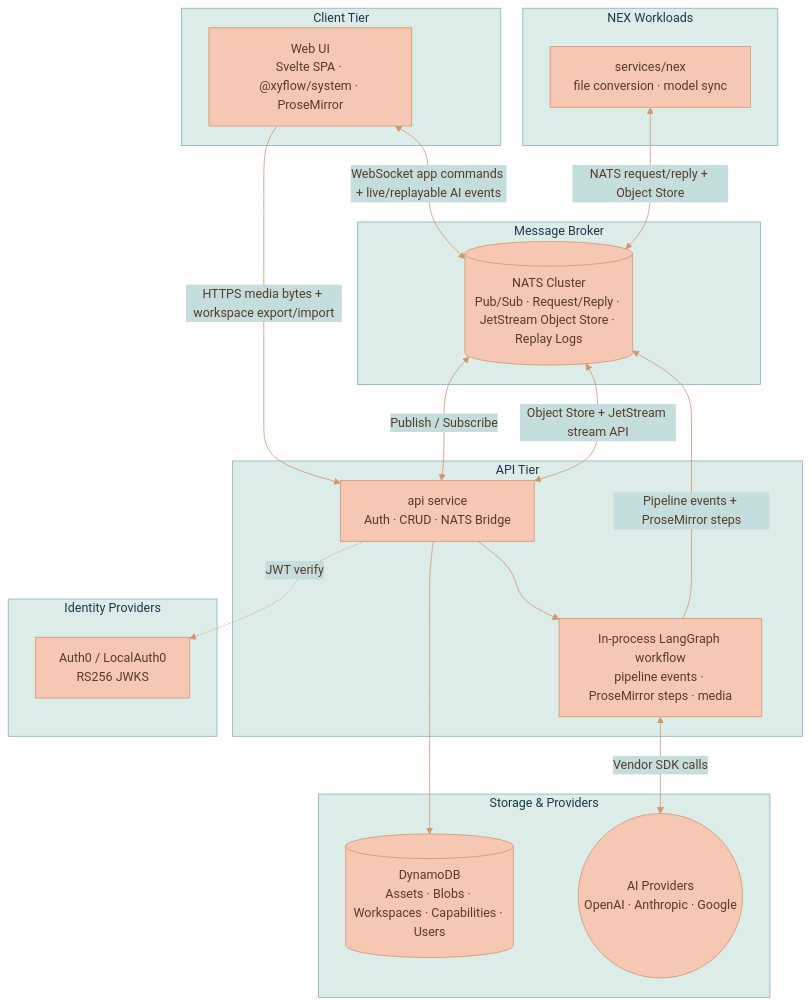
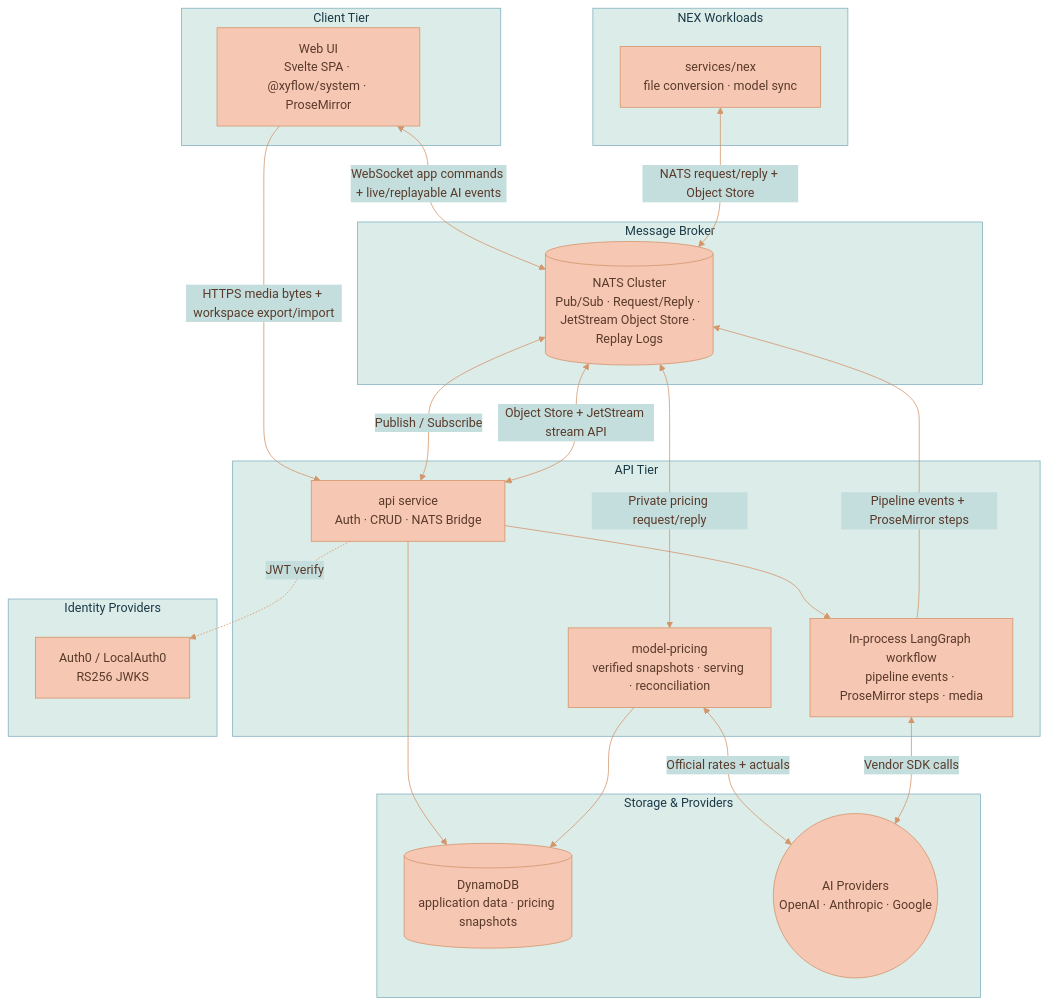
Before and after one commit to Lixpi/lixpi: the first of 2 diagrams in documentation/platform/SYSTEM-ARCHITECTURE.md, drawn with Mermaid. The commit also changed other lines of this file and 22 other files, not shown here.

Commit message:
LIX-340 # Complete model pricing operational hardening

````diff
--- a/documentation/platform/SYSTEM-ARCHITECTURE.md
+++ b/documentation/platform/SYSTEM-ARCHITECTURE.md
@@ -39,40 +40,44 @@
 ```mermaid
 %%{init: {'theme': 'base', 'themeVariables': { 'primaryColor': '#F6C7B3', 'primaryTextColor': '#5a3a2a', 'primaryBorderColor': '#d4956a', 'secondaryColor': '#C3DEDD', 'secondaryTextColor': '#1a3a47', 'secondaryBorderColor': '#4a8a9d', 'tertiaryColor': '#DCECE9', 'tertiaryTextColor': '#1a3a47', 'tertiaryBorderColor': '#82B2C0', 'lineColor': '#d4956a', 'textColor': '#5a3a2a'}}}%%
 graph TB
     subgraph Client["Client Tier"]
         UI["Web UI<br/>Svelte SPA · @xyflow/system · ProseMirror"]
     end
 
     subgraph Broker["Message Broker"]
         NATS[("NATS Cluster<br/>Pub/Sub · Request/Reply · JetStream Object Store · Replay Logs")]
     end
 
     subgraph Backend["API Tier"]
         API["api service<br/>Auth · CRUD · NATS Bridge"]
         LLM["In-process LangGraph workflow<br/>pipeline events · ProseMirror steps · media"]
+        Pricing["model-pricing<br/>verified snapshots · serving · reconciliation"]
     end
 
     subgraph Workers["NEX Workloads"]
         NEX["services/nex<br/>file conversion · model sync"]
     end
 
     subgraph Identity["Identity Providers"]
         Auth["Auth0 / LocalAuth0<br/>RS256 JWKS"]
     end
 
     subgraph Storage["Storage & Providers"]
-        DDB[("DynamoDB<br/>Assets · Blobs · Workspaces · Capabilities · Users")]
+        DDB[("DynamoDB<br/>application data · pricing snapshots")]
         Provider(("AI Providers<br/>OpenAI · Anthropic · Google"))
     end
 
     UI <-->|WebSocket app commands + live/replayable AI events| NATS
     UI -->|HTTPS media bytes + workspace export/import| API
     NATS <-->|Publish / Subscribe| API
+    NATS <-->|Private pricing request/reply| Pricing
     API --> LLM
     API --> DDB
     API <-->|Object Store + JetStream stream API| NATS
     NEX <-->|NATS request/reply + Object Store| NATS
+    Pricing --> DDB
+    Pricing <-->|Official rates + actuals| Provider
     LLM -->|Pipeline events + ProseMirror steps| NATS
     LLM <-->|Vendor SDK calls| Provider
     API -.->|JWT verify| Auth
 ```
````
